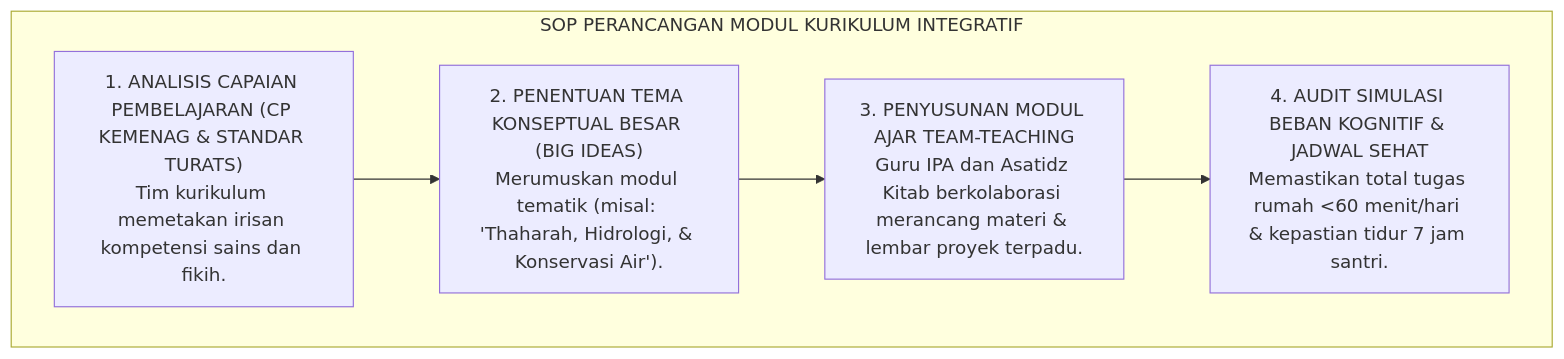
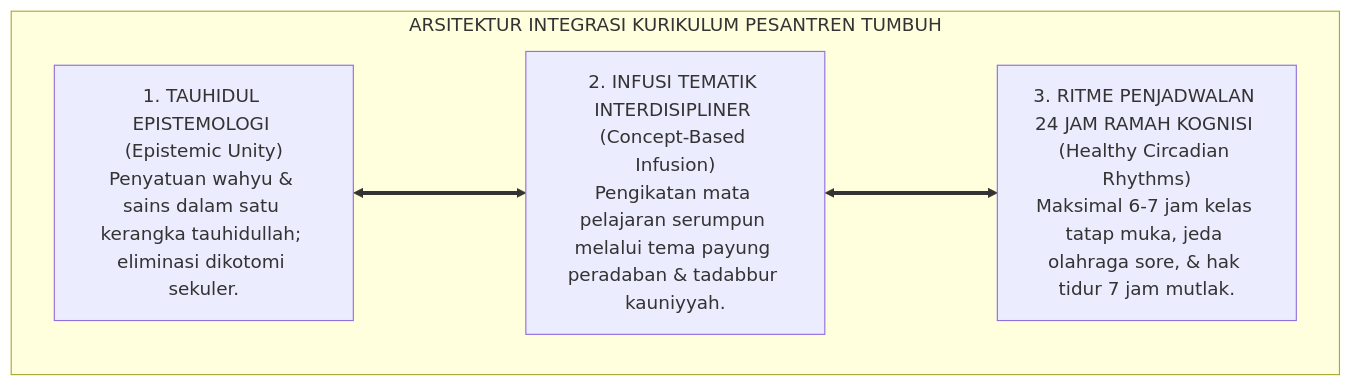
The second of 2 diagrams in 02 Principles/02 Design Principles/P2-02-06-Prinsip-Desain-Integrasi-Kurikulum-Nasional-dan-Pesantren.md (wandiapriliyandi/tumbuh), drawn with Mermaid before and after one commit. The commit also changed other lines of this file and 7 other files, not shown here.

````diff
--- a/02 Principles/02 Design Principles/P2-02-06-Prinsip-Desain-Integrasi-Kurikulum-Nasional-dan-Pesantren.md
+++ b/02 Principles/02 Design Principles/P2-02-06-Prinsip-Desain-Integrasi-Kurikulum-Nasional-dan-Pesantren.md
@@ -185,14 +110,13 @@
 ```mermaid
 flowchart TD
-    subgraph SOPDesainModulIntegratif["SOP PERANCANGAN MODUL KURIKULUM INTEGRATIF"]
-        AnalisisCP["1. ANALISIS CAPAIAN PEMBELAJARAN (CP KEMENAG & STANDAR TURATS)<br/>Tim kurikulum memetakan irisan kompetensi sains dan fikih."]
+    subgraph ArsitekturIntegrasiKurikulumTUMBUH["ARSITEKTUR INTEGRASI KURIKULUM PESANTREN TUMBUH"]
         
-        TemaKonseptual["2. PENENTUAN TEMA KONSEPTUAL BESAR (BIG IDEAS)<br/>Merumuskan modul tematik (misal: 'Thaharah, Hidrologi, & Konservasi Air')."]
+        IK1_Sayap["1. TAUHIDUL EPISTEMOLOGI (Epistemic Unity)<br/>Penyatuan wahyu & sains dalam satu kerangka tauhidullah; eliminasi dikotomi sekuler."]
         
-        DesainRPP["3. PENYUSUNAN MODUL AJAR TEAM-TEACHING<br/>Guru IPA dan Asatidz Kitab berkolaborasi merancang materi & lembar proyek terpadu."]
+        IK2_Sayap["2. INFUSI TEMATIK INTERDISIPLINER (Concept-Based Infusion)<br/>Pengikatan mata pelajaran serumpun melalui tema payung peradaban & tadabbur kauniyyah."]
         
-        SimulasiBeban["4. AUDIT SIMULASI BEBAN KOGNITIF & JADWAL SEHAT<br/>Memastikan total tugas rumah <60 menit/hari & kepastian tidur 7 jam santri."]
+        IK3_Sayap["3. RITME PENJADWALAN 24 JAM RAMAH KOGNISI (Healthy Circadian Rhythms)<br/>Maksimal 6-7 jam kelas tatap muka, jeda olahraga sore, & hak tidur 7 jam mutlak."]
         
-        AnalisisCP --> TemaKonseptual --> DesainRPP --> SimulasiBeban
+        IK1_Sayap <===> IK2_Sayap <===> IK3_Sayap
     end
 ```
````
